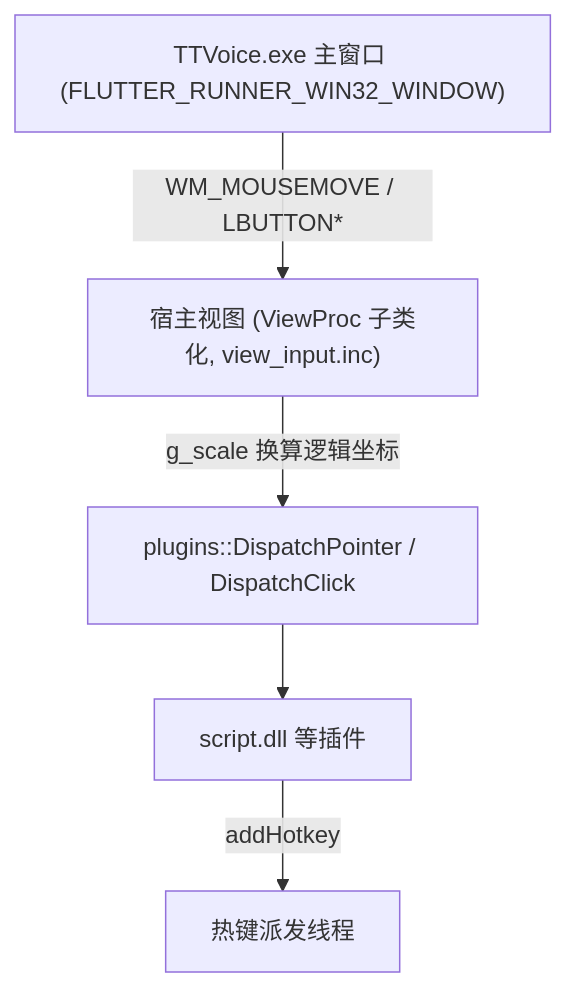
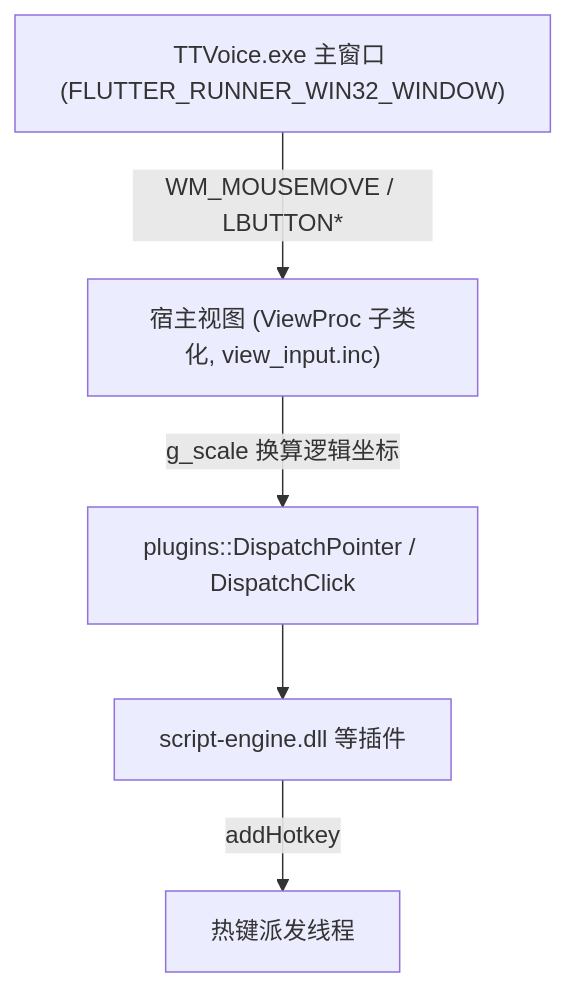
The third of 3 diagrams in docs/架构图4.md (Qr1mln/PlusPlugin), drawn with Mermaid before and after one commit. The commit also changed other lines of this file and 21 other files, not shown here.

First line of the commit message:
chore(plugin): script 插件重命名为 script-engine，同步构建脚本与文档

````diff
--- a/docs/架构图4.md
+++ b/docs/架构图4.md
@@ -74,7 +74,7 @@
 ```mermaid
 graph TB
     EXE["TTVoice.exe 主窗口 (FLUTTER_RUNNER_WIN32_WINDOW)"] -->|WM_MOUSEMOVE / LBUTTON*| VIEW["宿主视图 (ViewProc 子类化, view_input.inc)"]
     VIEW -->|g_scale 换算逻辑坐标| DISP["plugins::DispatchPointer / DispatchClick"]
-    DISP --> SCRIPT["script.dll 等插件"]
+    DISP --> SCRIPT["script-engine.dll 等插件"]
     SCRIPT -->|addHotkey| HK["热键派发线程"]
 ```
````
